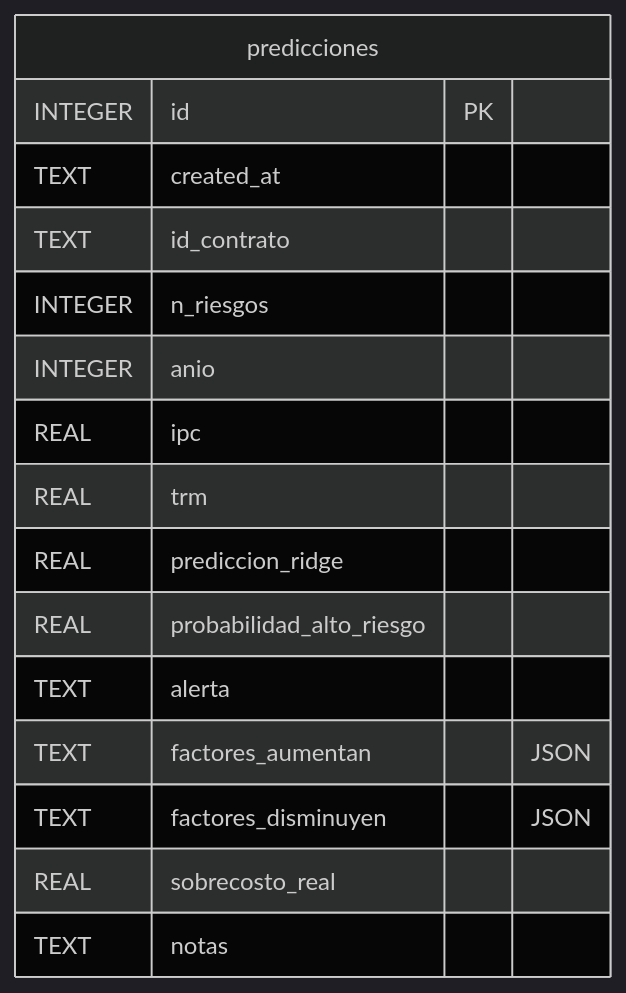
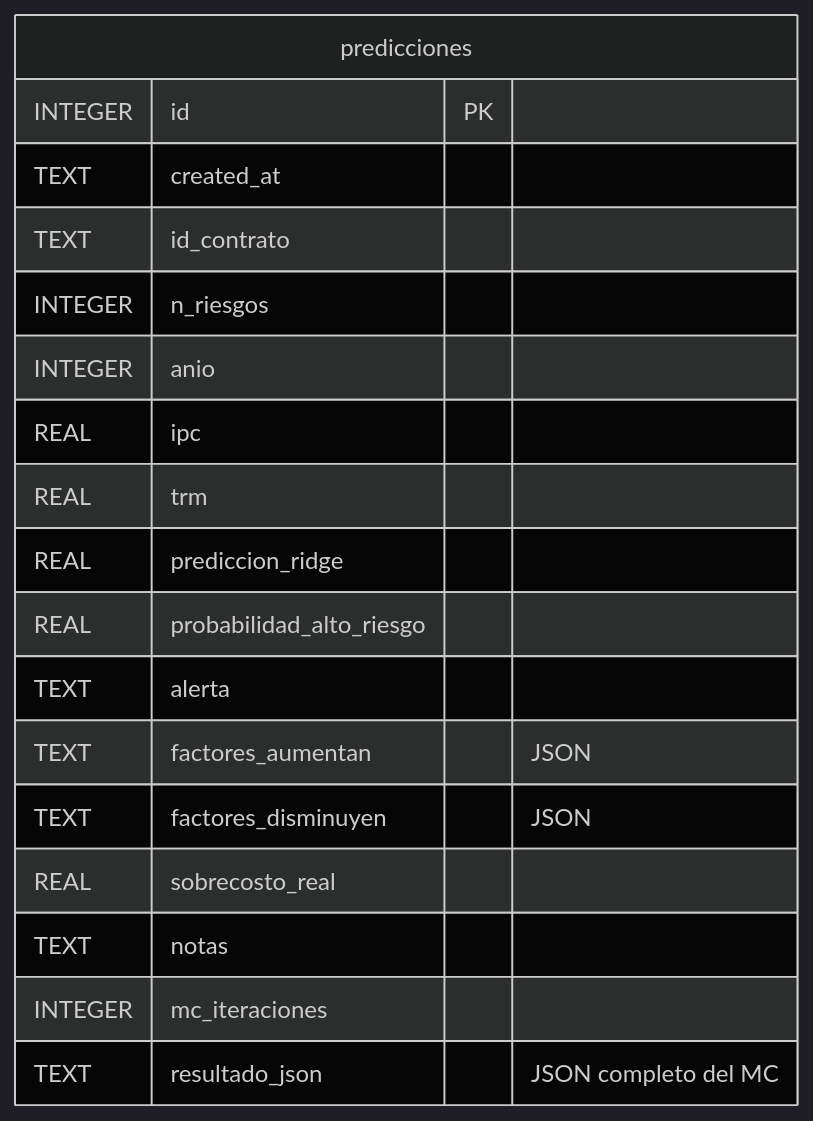
One commit to sanan1297/risk_project changed the seventh of 7 diagrams in docs/proceso.md. Above: the diagram before and after it, drawn with Mermaid (dark theme). The commit also changed other lines of this file and 8 other files, not shown here.

````diff
--- a/docs/proceso.md
+++ b/docs/proceso.md
@@ -506,19 +523,21 @@
 ```mermaid
 erDiagram
     predicciones {
         INTEGER id PK
         TEXT created_at
         TEXT id_contrato
         INTEGER n_riesgos
         INTEGER anio
         REAL ipc
         REAL trm
         REAL prediccion_ridge
         REAL probabilidad_alto_riesgo
         TEXT alerta
         TEXT factores_aumentan "JSON"
         TEXT factores_disminuyen "JSON"
         REAL sobrecosto_real
         TEXT notas
+        INTEGER mc_iteraciones
+        TEXT resultado_json "JSON completo del MC"
     }
 ```
````
